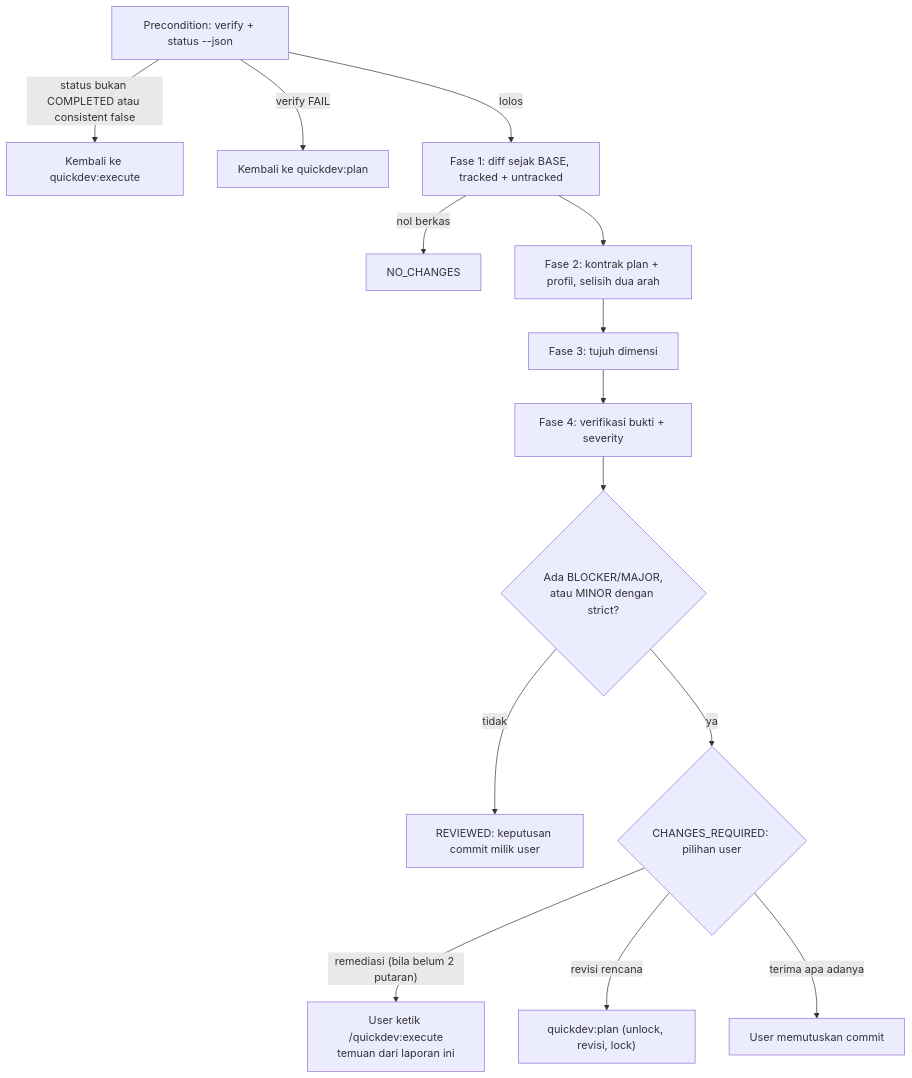
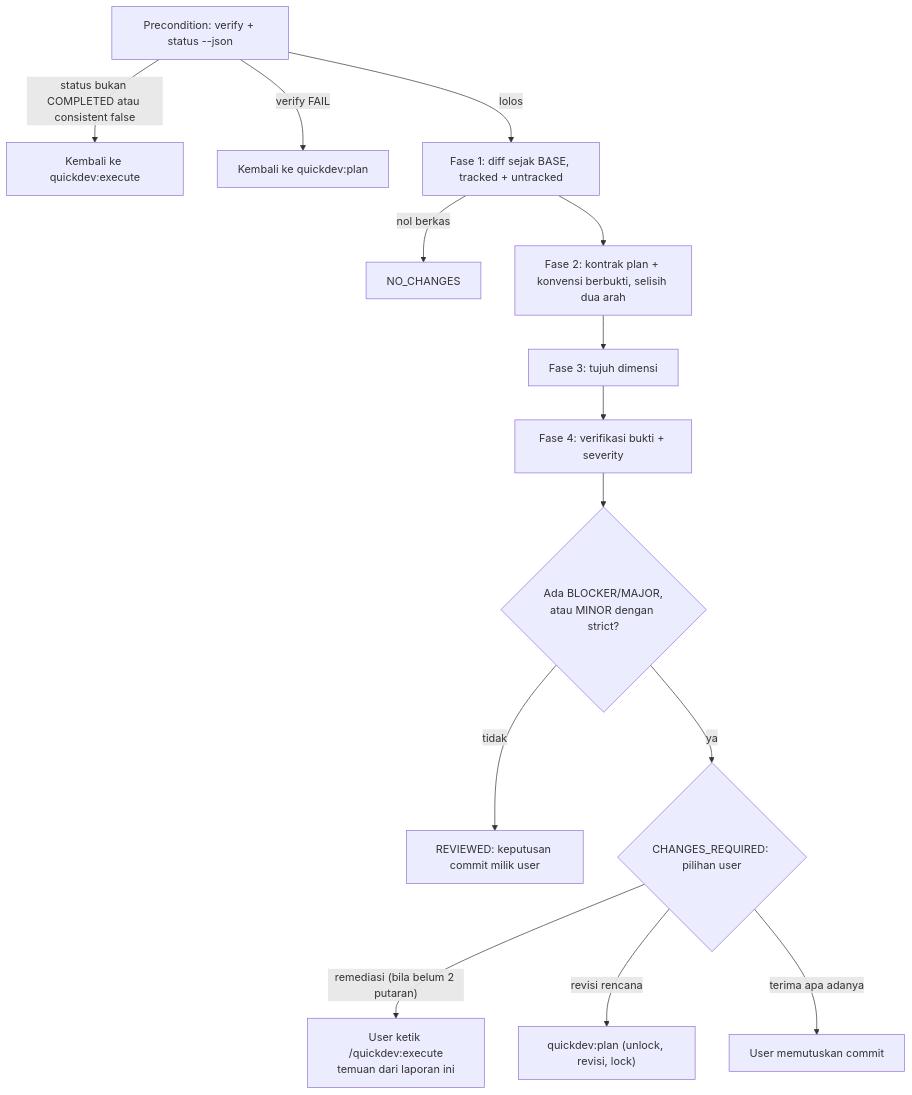
One commit to nataflow/agentic-workflow changed the fourth of 6 diagrams in flow/quickdev.md. Above: the diagram before and after it, drawn with Mermaid. The commit also changed other lines of this file and 29 other files, not shown here.

````diff
--- a/flow/quickdev.md
+++ b/flow/quickdev.md
@@ -318,16 +224,16 @@
 ```mermaid
 flowchart TD
     R0["Precondition: verify + status --json"] -->|"status bukan COMPLETED atau consistent false"| BK["Kembali ke quickdev:execute"]
     R0 -->|"verify FAIL"| BP["Kembali ke quickdev:plan"]
     R0 -->|lolos| R1["Fase 1: diff sejak BASE, tracked + untracked"]
     R1 -->|"nol berkas"| NC["NO_CHANGES"]
-    R1 --> R2["Fase 2: kontrak plan + profil, selisih dua arah"]
+    R1 --> R2["Fase 2: kontrak plan + konvensi berbukti, selisih dua arah"]
     R2 --> R3["Fase 3: tujuh dimensi"]
     R3 --> R4["Fase 4: verifikasi bukti + severity"]
     R4 --> R5{"Ada BLOCKER/MAJOR,<br/>atau MINOR dengan strict?"}
     R5 -->|tidak| RV["REVIEWED: keputusan commit milik user"]
     R5 -->|ya| CR{"CHANGES_REQUIRED: pilihan user"}
     CR -->|"remediasi (bila belum 2 putaran)"| EXE["User ketik /quickdev:execute<br/>temuan dari laporan ini"]
     CR -->|"revisi rencana"| PL["quickdev:plan (unlock, revisi, lock)"]
     CR -->|"terima apa adanya"| US["User memutuskan commit"]
 ```
````
